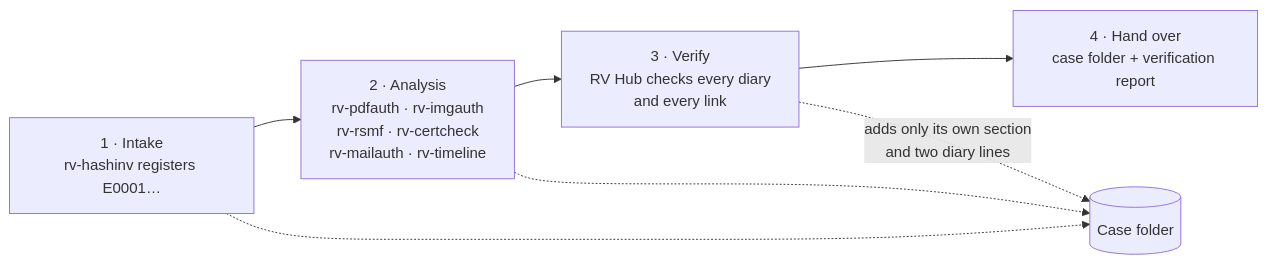
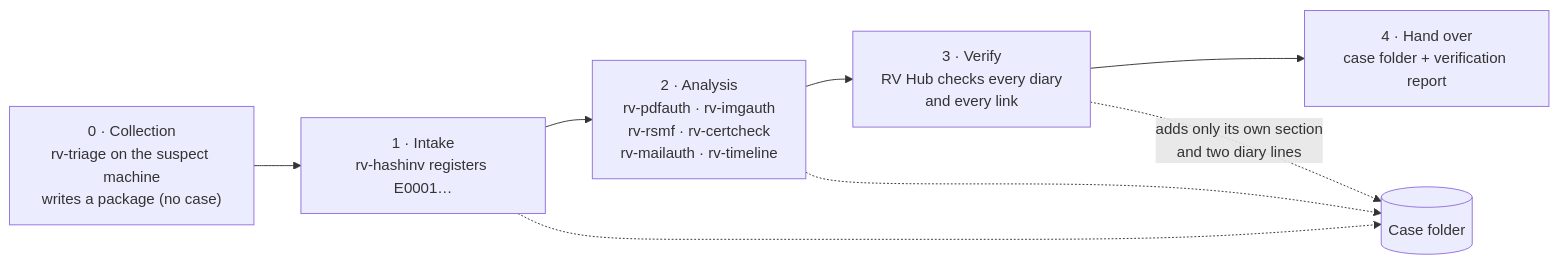
The first of 8 diagrams in docs/theory.md (Panacota96/rv-hub), drawn with Mermaid before and after one commit. The commit also changed other lines of this file and 23 other files, not shown here.

First line of the commit message:
feat: collection role and RV Triage as a known tool (#44)

````diff
--- a/docs/theory.md
+++ b/docs/theory.md
@@ -64,9 +64,10 @@
 ```mermaid
 flowchart LR
+    K["0 · Collection<br/>rv-triage on the suspect machine<br/>writes a package (no case)"] --> I
     I["1 · Intake<br/>rv-hashinv registers E0001…"] --> A["2 · Analysis<br/>rv-pdfauth · rv-imgauth<br/>rv-rsmf · rv-certcheck<br/>rv-mailauth · rv-timeline"]
     A --> V["3 · Verify<br/>RV Hub checks every diary<br/>and every link"]
     V --> H["4 · Hand over<br/>case folder + verification report"]
     I -.-> C[("Case folder")]
     A -.-> C
     V -.->|"adds only its own section<br/>and two diary lines"| C
 ```
````
